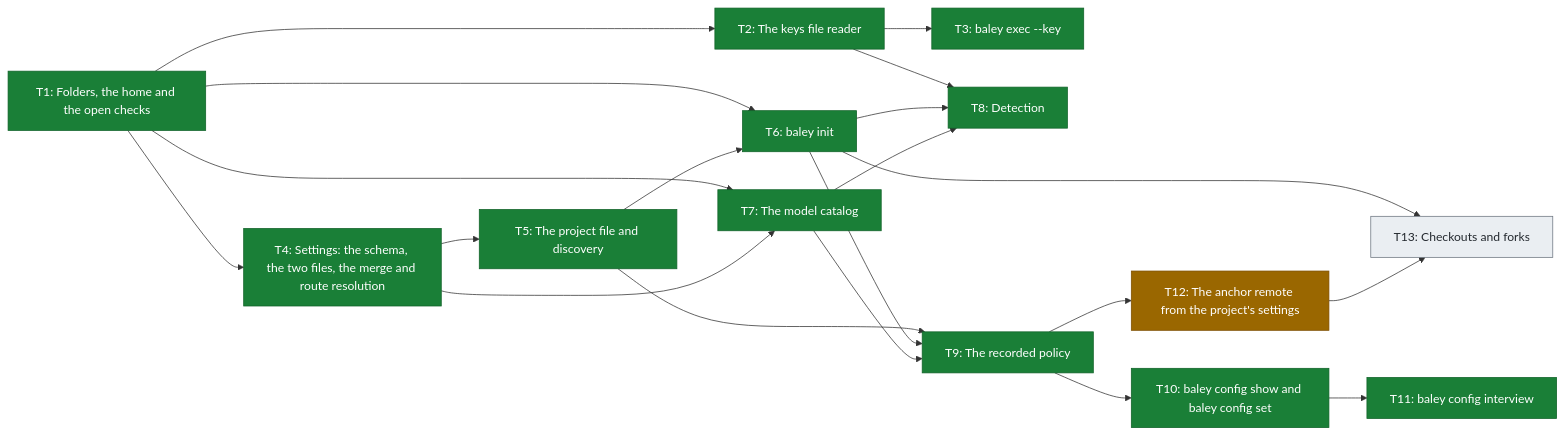
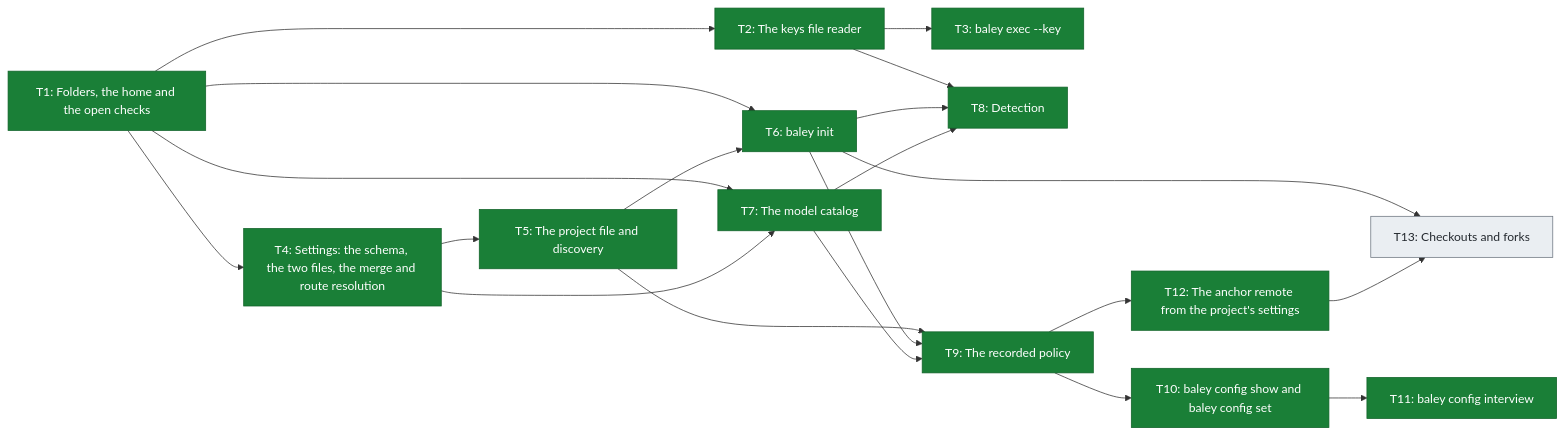
Before and after one commit to crenshawdev/baley: the third of 3 diagrams in docs/roadmap.md, drawn with Mermaid. The commit also changed other lines of this file, not shown here.

Commit message:
docs(roadmap): mark build 2 t12 merged
T12's pull request is #172, so its row links it and reads merged, which
merging that pull request makes true. Figure 3 moves T12 to done and the
status line counts T1 to T12 as of the main this branch sits on.

````diff
--- a/docs/roadmap.md
+++ b/docs/roadmap.md
@@ -100,43 +100,41 @@
 ```mermaid
 flowchart LR
     T1["T1: Folders, the home and the open checks"]
     T2["T2: The keys file reader"]
     T3["T3: baley exec --key"]
     T4["T4: Settings: the schema, the two files, the merge and route resolution"]
     T5["T5: The project file and discovery"]
     T6["T6: baley init"]
     T7["T7: The model catalog"]
     T8["T8: Detection"]
     T9["T9: The recorded policy"]
     T10["T10: baley config show and baley config set"]
     T11["T11: baley config interview"]
     T12["T12: The anchor remote from the project's settings"]
     T13["T13: Checkouts and forks"]
 
     T1 --> T2
     T1 --> T4
     T1 --> T6
     T1 --> T7
     T2 --> T3
     T2 --> T8
     T4 --> T5
     T4 --> T7
     T5 --> T6
     T5 --> T9
     T6 --> T8
     T6 --> T9
     T6 --> T13
     T7 --> T8
     T7 --> T9
     T9 --> T10
     T9 --> T12
     T10 --> T11
     T12 --> T13
 
     classDef done fill:#1a7f37,stroke:#116329,color:#ffffff
-    classDef progress fill:#9a6700,stroke:#7d4e00,color:#ffffff
     classDef planned fill:#eaeef2,stroke:#6e7781,color:#24292f
-    class T1,T2,T3,T4,T5,T6,T7,T8,T9,T10,T11 done
-    class T12 progress
+    class T1,T2,T3,T4,T5,T6,T7,T8,T9,T10,T11,T12 done
     class T13 planned
 ```
````
